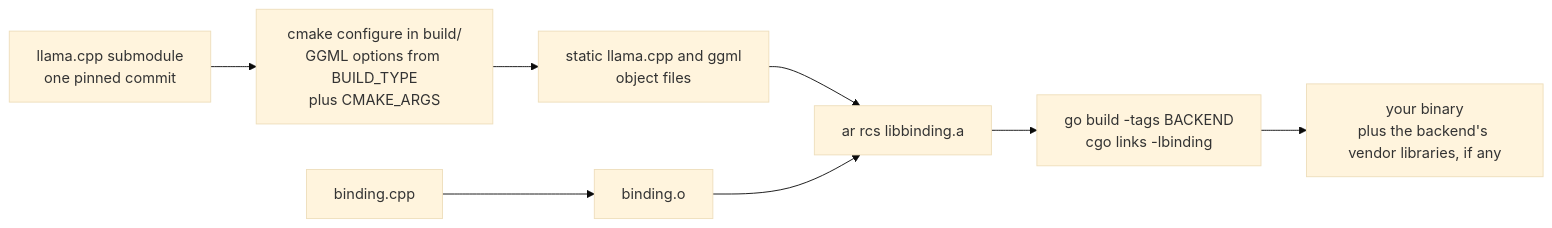
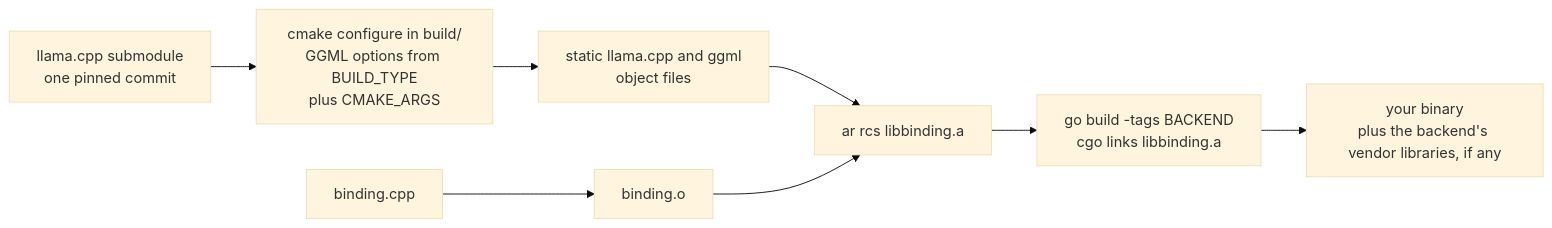
Before and after one commit to AshkanYarmoradi/go-llama.cpp: the second of 6 diagrams in docs/how-it-works.md, drawn with Mermaid (base theme). The commit also changed other lines of this file and 13 other files, not shown here.

````diff
--- a/docs/how-it-works.md
+++ b/docs/how-it-works.md
@@ -111,10 +118,10 @@
 ```mermaid
 flowchart LR
     pin["llama.cpp submodule<br/>one pinned commit"] --> cfg["cmake configure in build/<br/>GGML options from BUILD_TYPE<br/>plus CMAKE_ARGS"]
     cfg --> objs["static llama.cpp and ggml<br/>object files"]
     src["binding.cpp"] --> bo["binding.o"]
     objs --> ar["ar rcs libbinding.a"]
     bo --> ar
-    ar --> gob["go build -tags BACKEND<br/>cgo links -lbinding"]
+    ar --> gob["go build -tags BACKEND<br/>cgo links libbinding.a"]
     gob --> out["your binary<br/>plus the backend's vendor libraries, if any"]
 ```
````
